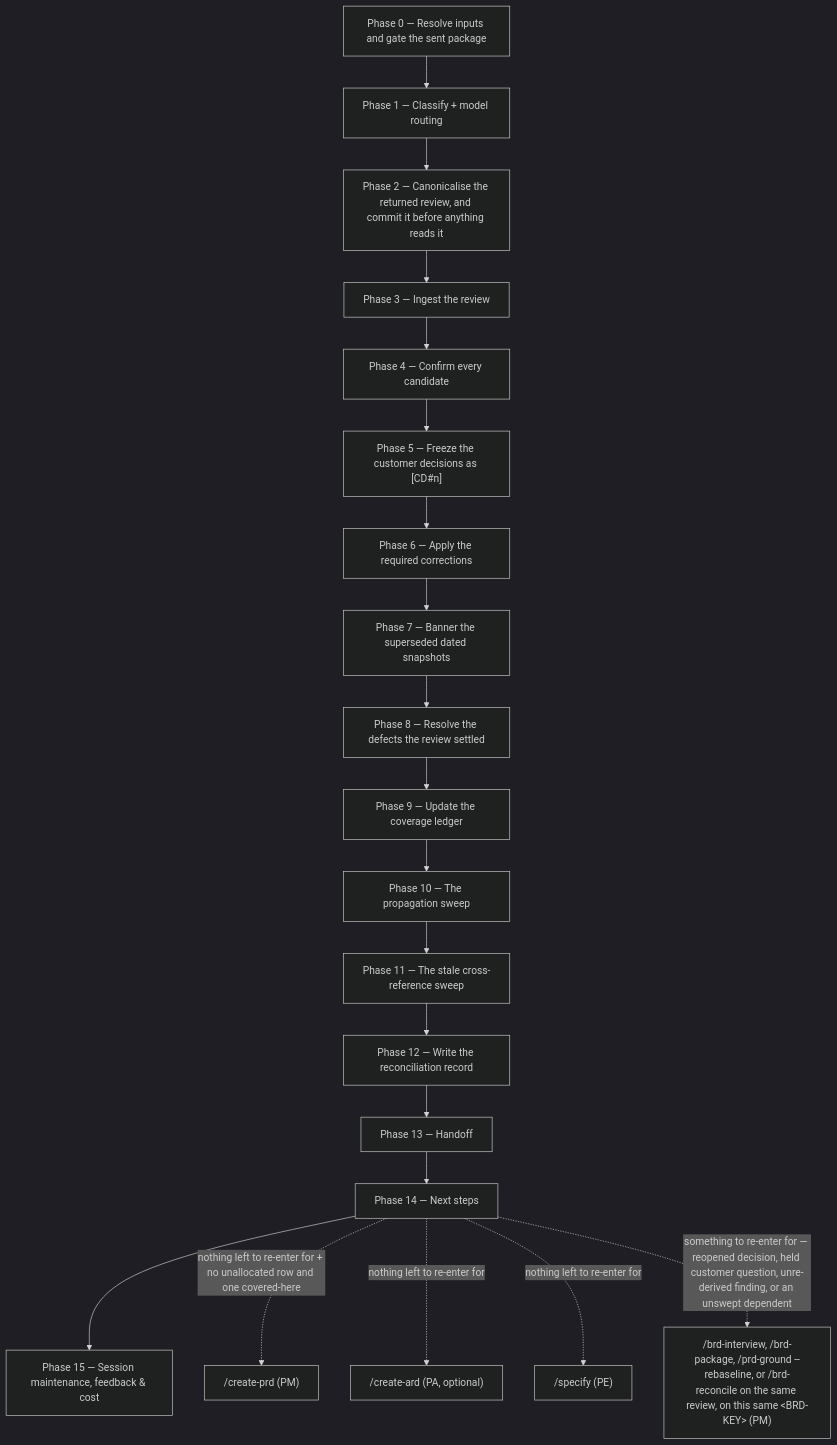
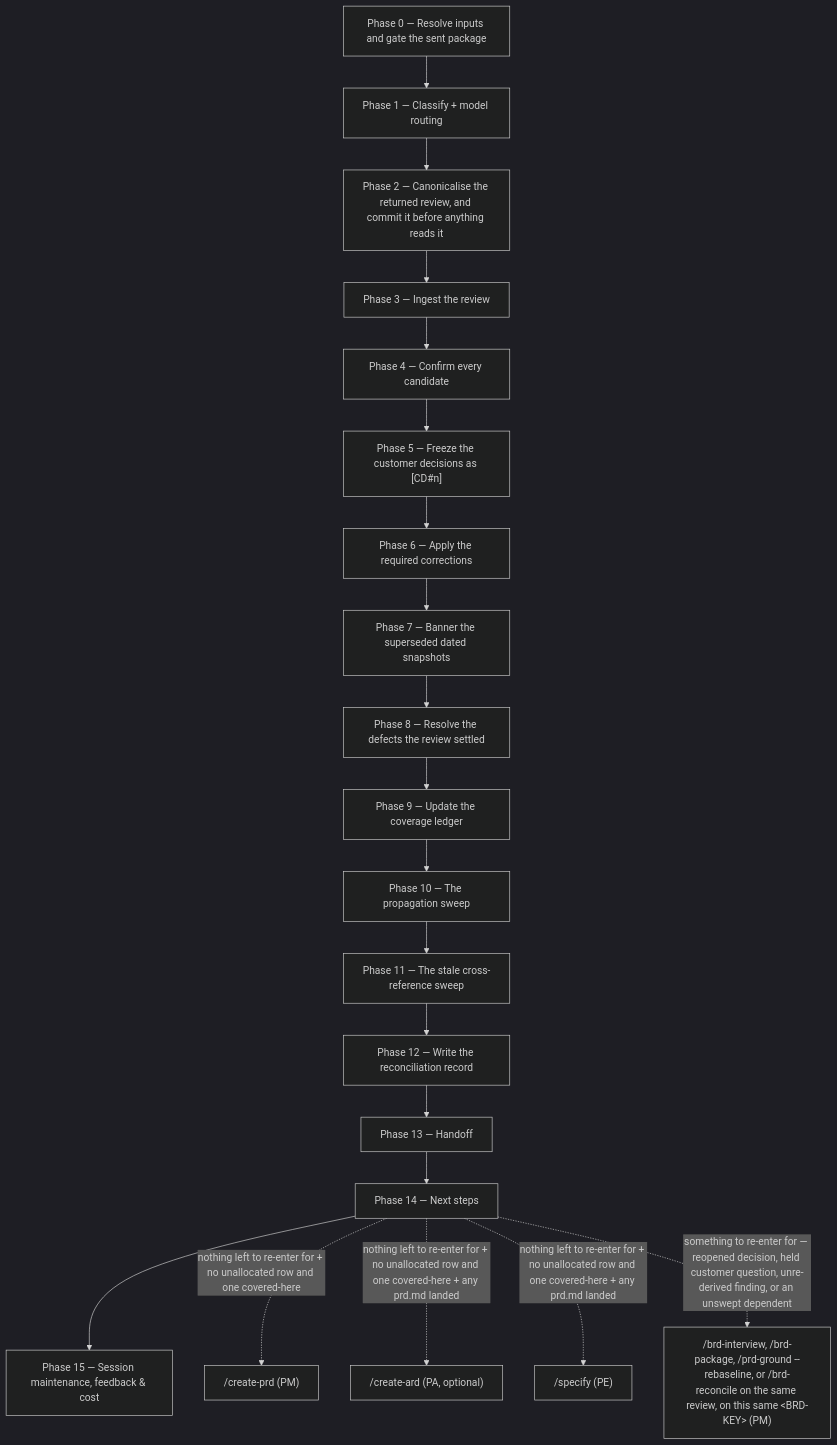
One commit to ihudak/ai-workflows changed the diagram in plugins/product-workflows/docs/commands/brd-reconcile.md. Above: the diagram before and after it, drawn with Mermaid (dark theme). The commit also changed other lines of this file and 25 other files, not shown here.

Commit message:
fix: LADDER-ORDER batch 4 — the route's offers of /create-ard and /specify wait for the ledger and a landed PRD

````diff
--- a/plugins/product-workflows/docs/commands/brd-reconcile.md
+++ b/plugins/product-workflows/docs/commands/brd-reconcile.md
@@ -119,22 +119,22 @@
 ```mermaid
 flowchart TD
     p0["Phase 0 — Resolve inputs and gate the sent package"] --> p1["Phase 1 — Classify + model routing"]
     p1 --> p2["Phase 2 — Canonicalise the returned review, and commit it before anything reads it"]
     p2 --> p3["Phase 3 — Ingest the review"]
     p3 --> p4["Phase 4 — Confirm every candidate"]
     p4 --> p5["Phase 5 — Freeze the customer decisions as [CD#n]"]
     p5 --> p6["Phase 6 — Apply the required corrections"]
     p6 --> p7["Phase 7 — Banner the superseded dated snapshots"]
     p7 --> p8["Phase 8 — Resolve the defects the review settled"]
     p8 --> p9["Phase 9 — Update the coverage ledger"]
     p9 --> p10["Phase 10 — The propagation sweep"]
     p10 --> p11["Phase 11 — The stale cross-reference sweep"]
     p11 --> p12["Phase 12 — Write the reconciliation record"]
     p12 --> p13["Phase 13 — Handoff"]
     p13 --> p14["Phase 14 — Next steps"]
     p14 --> p15["Phase 15 — Session maintenance, feedback & cost"]
     p14 -.->|"nothing left to re-enter for + no unallocated row and one covered-here"| prd["/create-prd (PM)"]
-    p14 -.->|"nothing left to re-enter for"| ard["/create-ard (PA, optional)"]
-    p14 -.->|"nothing left to re-enter for"| spec["/specify (PE)"]
+    p14 -.->|"nothing left to re-enter for + no unallocated row and one covered-here + any prd.md landed"| ard["/create-ard (PA, optional)"]
+    p14 -.->|"nothing left to re-enter for + no unallocated row and one covered-here + any prd.md landed"| spec["/specify (PE)"]
     p14 -.->|"something to re-enter for — reopened decision, held customer question, unre-derived finding, or an unswept dependent"| reentry["/brd-interview, /brd-package, /prd-ground --rebaseline, or /brd-reconcile on the same review, on this same &lt;BRD-KEY&gt; (PM)"]
 ```
````
